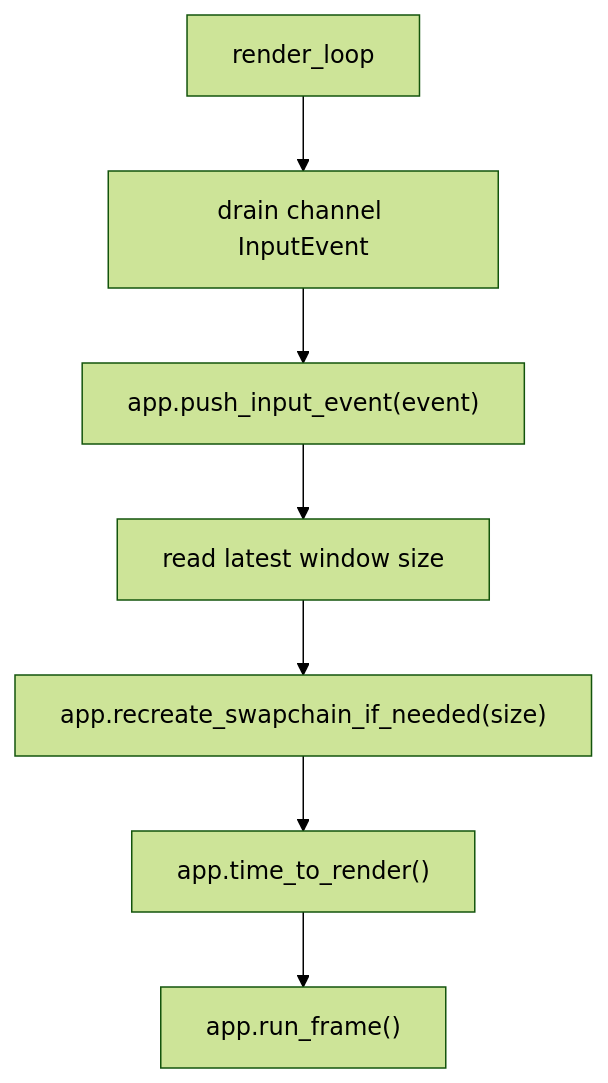
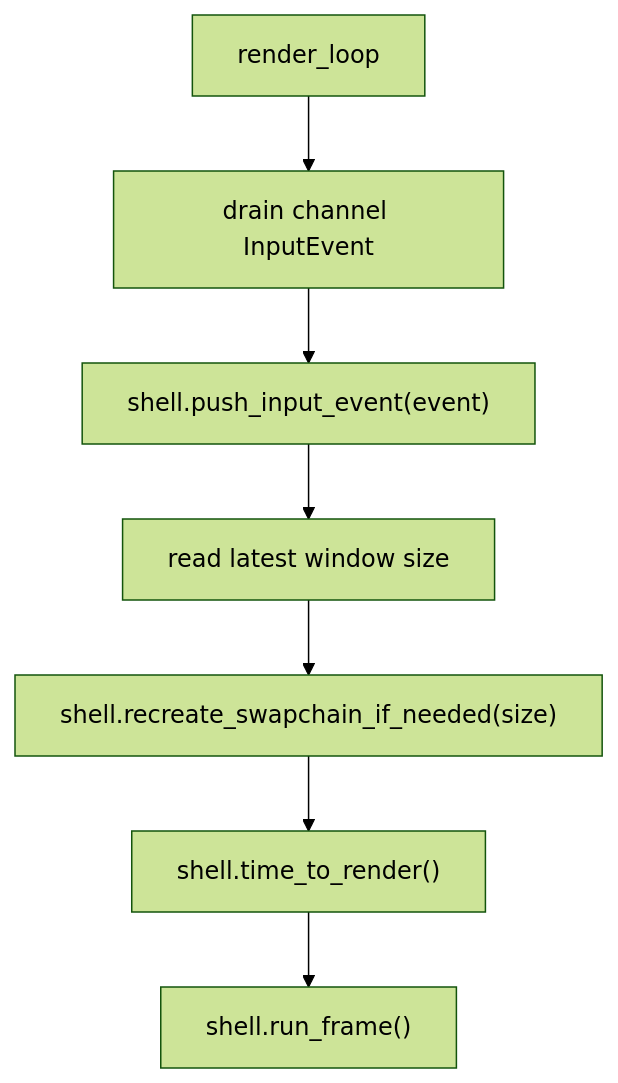
Before and after one commit to acccoco/TruvisRenderer: the third of 5 diagrams in docs/summaries/frame-lifecycle.md, drawn with Mermaid (forest theme). The commit also changed other lines of this file and 24 other files, not shown here.

Commit message:
[update/app-frame] 收敛 RenderApp 契约并非泛型化 RenderAppShell

````diff
--- a/docs/summaries/frame-lifecycle.md
+++ b/docs/summaries/frame-lifecycle.md
@@ -63,9 +65,9 @@
 ```mermaid
 flowchart TD
     RenderLoop["render_loop"] --> DrainInput["drain channel InputEvent"]
-    DrainInput --> PushInput["app.push_input_event(event)"]
+    DrainInput --> PushInput["shell.push_input_event(event)"]
     PushInput --> ReadSize["read latest window size"]
-    ReadSize --> RecreateSwapchain["app.recreate_swapchain_if_needed(size)"]
-    RecreateSwapchain --> TimeToRender["app.time_to_render()"]
-    TimeToRender --> RunFrame["app.run_frame()"]
+    ReadSize --> RecreateSwapchain["shell.recreate_swapchain_if_needed(size)"]
+    RecreateSwapchain --> TimeToRender["shell.time_to_render()"]
+    TimeToRender --> RunFrame["shell.run_frame()"]
 ```
````
